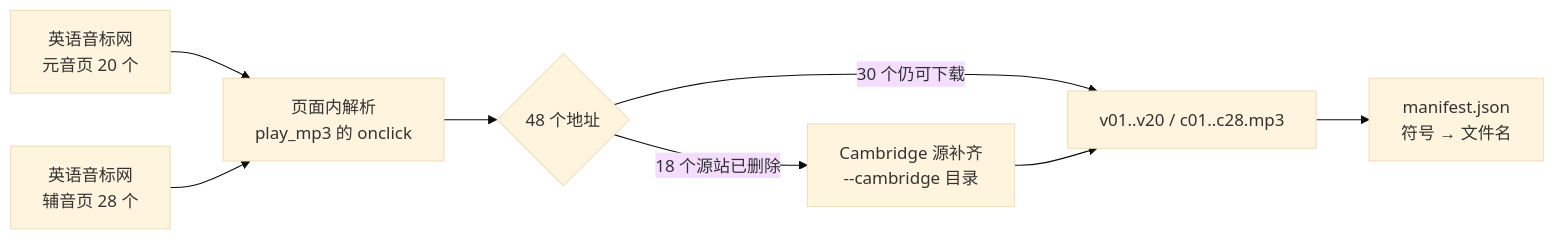
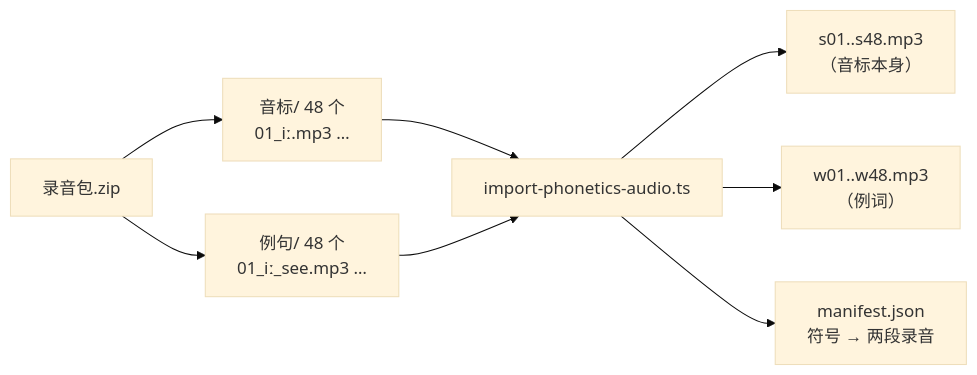
The first of 5 diagrams in impl/app/flutter/docs/phoneme-audio.md (kindywu/contexta), drawn with Mermaid (base theme) before and after one commit. The commit also changed other lines of this file and 159 other files, not shown here.

````diff
--- a/impl/app/flutter/docs/phoneme-audio.md
+++ b/impl/app/flutter/docs/phoneme-audio.md
@@ -27,10 +41,10 @@
 ```mermaid
 flowchart LR
-    A[英语音标网<br/>元音页 20 个] --> C[页面内解析<br/>play_mp3 的 onclick]
-    B[英语音标网<br/>辅音页 28 个] --> C
-    C --> D{48 个地址}
-    D -->|30 个仍可下载| E[v01..v20 / c01..c28.mp3]
-    D -->|18 个源站已删除| F[Cambridge 源补齐<br/>--cambridge 目录]
-    F --> E
-    E --> G[manifest.json<br/>符号 → 文件名]
+    A[录音包.zip] --> B["音标/ 48 个<br/>01_iː.mp3 …"]
+    A --> C["例句/ 48 个<br/>01_iː_see.mp3 …"]
+    B --> D[import-phonetics-audio.ts]
+    C --> D
+    D --> E["s01..s48.mp3<br/>（音标本身）"]
+    D --> F["w01..w48.mp3<br/>（例词）"]
+    D --> G["manifest.json<br/>符号 → 两段录音"]
 ```
````
